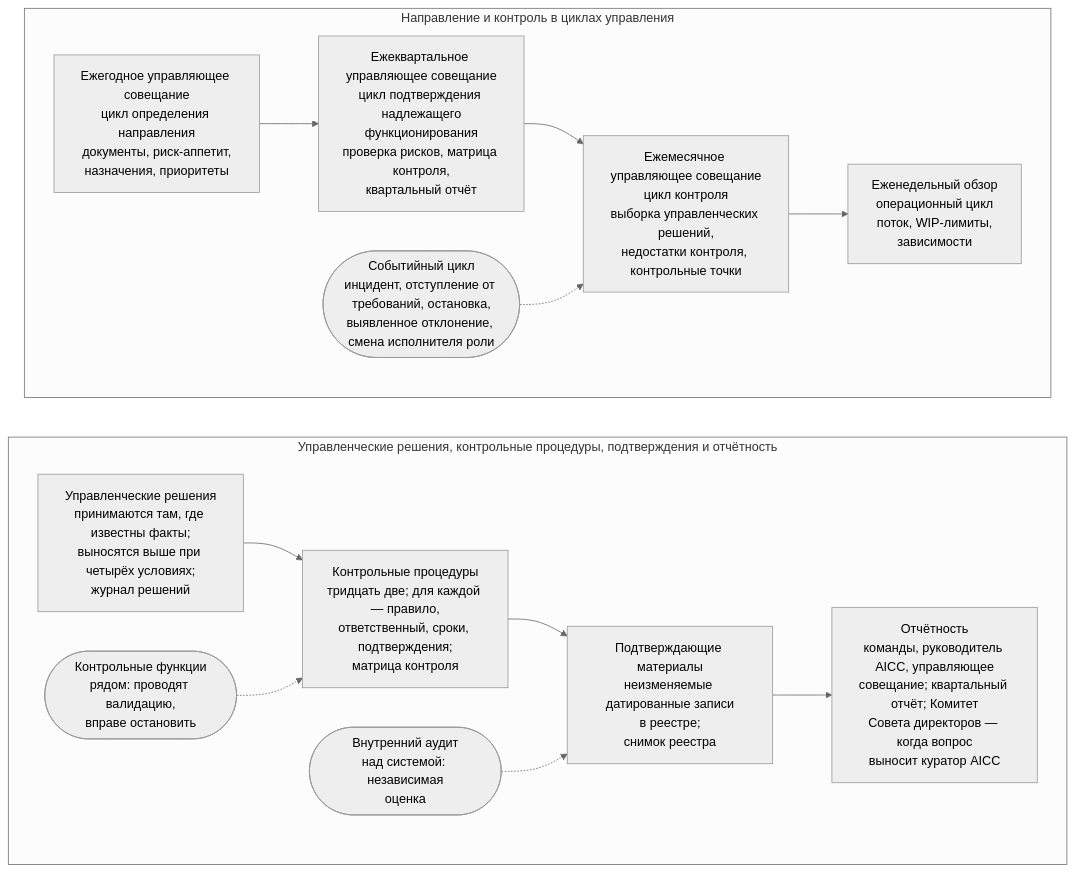
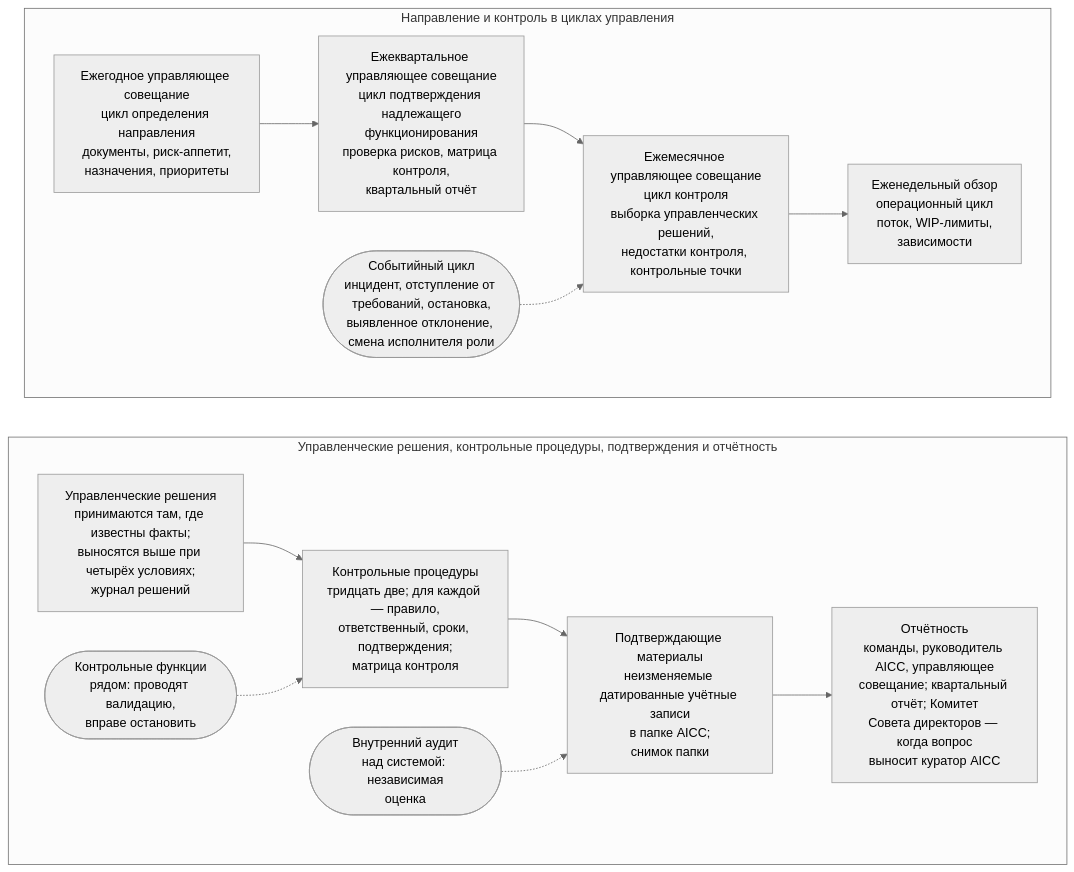
The diagram in portal/content/ru/governance/overview.md (devhogu/ob-aicc), drawn with Mermaid (neutral theme) before and after one commit. The commit also changed other lines of this file and 370 other files, not shown here.

````diff
--- a/portal/content/ru/governance/overview.md
+++ b/portal/content/ru/governance/overview.md
@@ -15,19 +15,19 @@
 ```mermaid
 flowchart TB
   subgraph ROW1["Направление и контроль в циклах управления"]
     direction LR
     Y["Ежегодное управляющее совещание<br/>цикл определения направления<br/>документы, риск-аппетит,<br/>назначения, приоритеты"] --> Q["Ежеквартальное управляющее совещание<br/>цикл подтверждения надлежащего<br/>функционирования<br/>проверка рисков, матрица контроля,<br/>квартальный отчёт"]
     Q --> M["Ежемесячное управляющее совещание<br/>цикл контроля<br/>выборка управленческих решений,<br/>недостатки контроля, контрольные точки"]
     M --> W["Еженедельный обзор<br/>операционный цикл<br/>поток, WIP-лимиты,<br/>зависимости"]
     E(["Событийный цикл<br/>инцидент, отступление от требований, остановка,<br/>выявленное отклонение, смена исполнителя роли"]) -.-> M
   end
   subgraph ROW2["Управленческие решения, контрольные процедуры, подтверждения и отчётность"]
     direction LR
     D["Управленческие решения<br/>принимаются там, где известны факты;<br/>выносятся выше при четырёх условиях;<br/>журнал решений"] --> C["Контрольные процедуры<br/>тридцать две; для каждой — правило,<br/>ответственный, сроки, подтверждения;<br/>матрица контроля"]
-    C --> R["Подтверждающие материалы<br/>неизменяемые датированные записи<br/>в реестре;<br/>снимок реестра"]
+    C --> R["Подтверждающие материалы<br/>неизменяемые датированные учётные записи<br/>в папке AICC;<br/>снимок папки"]
     R --> B["Отчётность<br/>команды, руководитель AICC, управляющее<br/>совещание; квартальный отчёт; Комитет<br/>Совета директоров — когда вопрос<br/>выносит куратор AICC"]
     CF(["Контрольные функции<br/>рядом: проводят валидацию,<br/>вправе остановить"]) -.-> C
     IA(["Внутренний аудит<br/>над системой: независимая<br/>оценка"]) -.-> R
   end
   ROW1 ~~~ ROW2
 ```
````
